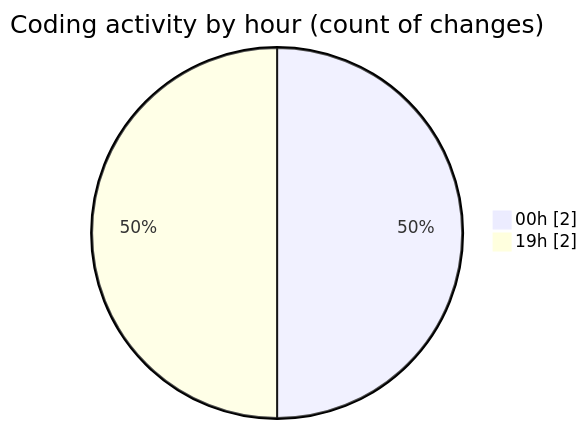
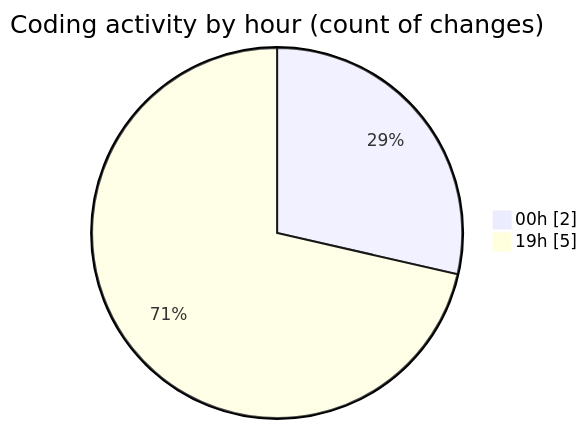
One commit to IJAZ3593/code-tracking changed the second of 2 diagrams in 2025-09-02/cheat_1/README.md. Above: the diagram before and after it, drawn with Mermaid. The commit also changed other lines of this file and 1 other file, not shown here.

````diff
--- a/2025-09-02/cheat_1/README.md
+++ b/2025-09-02/cheat_1/README.md
@@ -30,6 +33,6 @@
 ```mermaid
 pie showData
 title Coding activity by hour (count of changes)
 "00h" : 2
-"19h" : 2
+"19h" : 5
 ```
````
